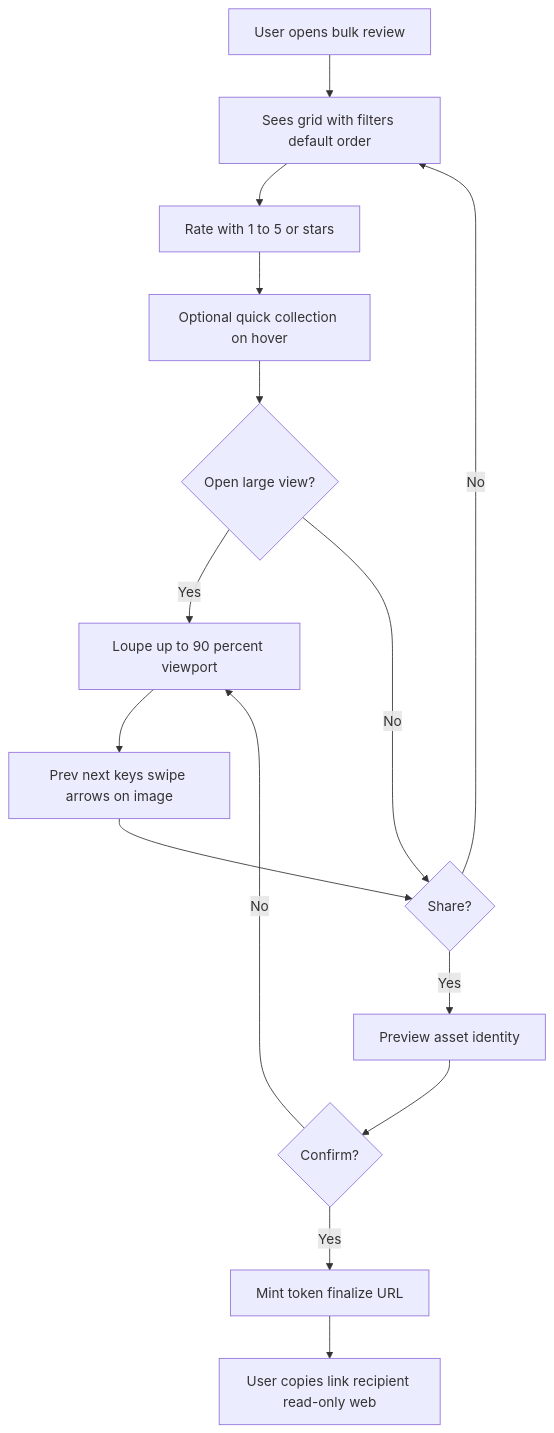
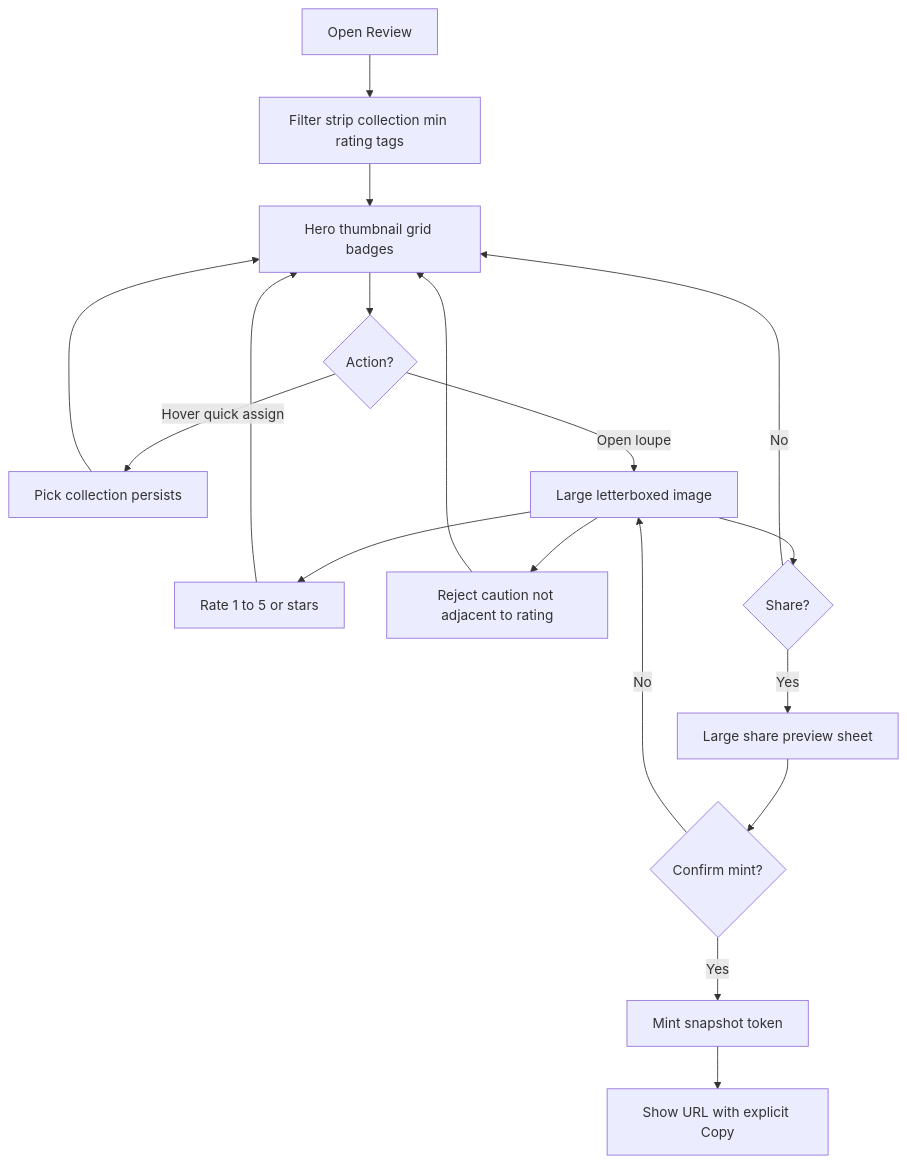
One commit to sergej-brazdeikis/photo-tool changed the second of 6 diagrams in _bmad-output/planning-artifacts/ux-design-specification.md. Above: the diagram before and after it, drawn with Mermaid. The commit also changed other lines of this file and 82 other files, not shown here.

````diff
--- a/_bmad-output/planning-artifacts/ux-design-specification.md
+++ b/_bmad-output/planning-artifacts/ux-design-specification.md
@@ -462,17 +514,20 @@
 ```mermaid
 flowchart TD
-  A[User opens bulk review] --> B[Sees grid with filters default order]
-  B --> C[Rate with 1 to 5 or stars]
-  C --> D[Optional quick collection on hover]
-  D --> E{Open large view?}
-  E -->|Yes| F[Loupe up to 90 percent viewport]
-  F --> G[Prev next keys swipe arrows on image]
-  G --> H{Share?}
-  E -->|No| H
-  H -->|Yes| I[Preview asset identity]
-  I --> J{Confirm?}
-  J -->|Yes| K[Mint token finalize URL]
-  J -->|No| F
-  K --> L[User copies link recipient read-only web]
-  H -->|No| B
+  R[Open Review] --> F[Filter strip collection min rating tags]
+  F --> G[Hero thumbnail grid badges]
+  G --> H{Action?}
+  H -->|Hover quick assign| Q[Pick collection persists]
+  H -->|Open loupe| L[Large letterboxed image]
+  L --> K[Rate 1 to 5 or stars]
+  L --> X[Reject caution not adjacent to rating]
+  L --> S{Share?}
+  S -->|No| G
+  S -->|Yes| P[Large share preview sheet]
+  P --> C{Confirm mint?}
+  C -->|No| L
+  C -->|Yes| M[Mint snapshot token]
+  M --> U[Show URL with explicit Copy]
+  Q --> G
+  K --> G
+  X --> G
 ```
````
